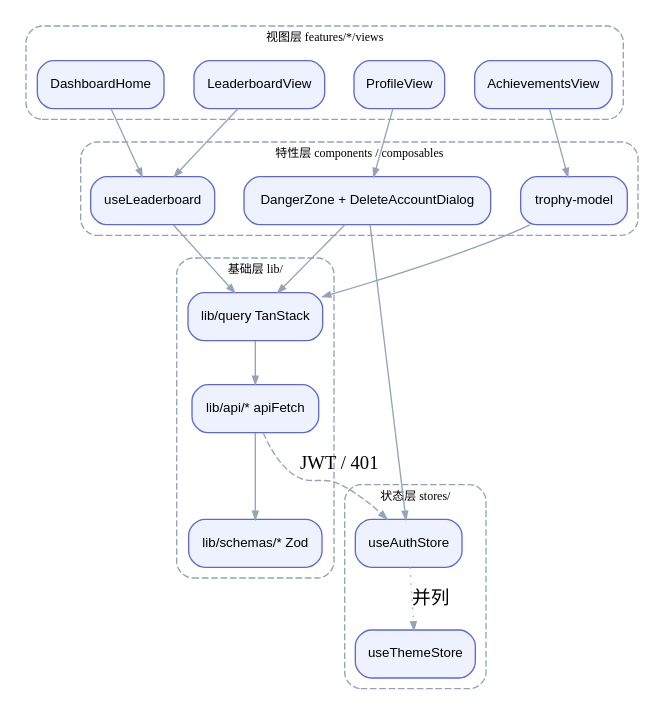
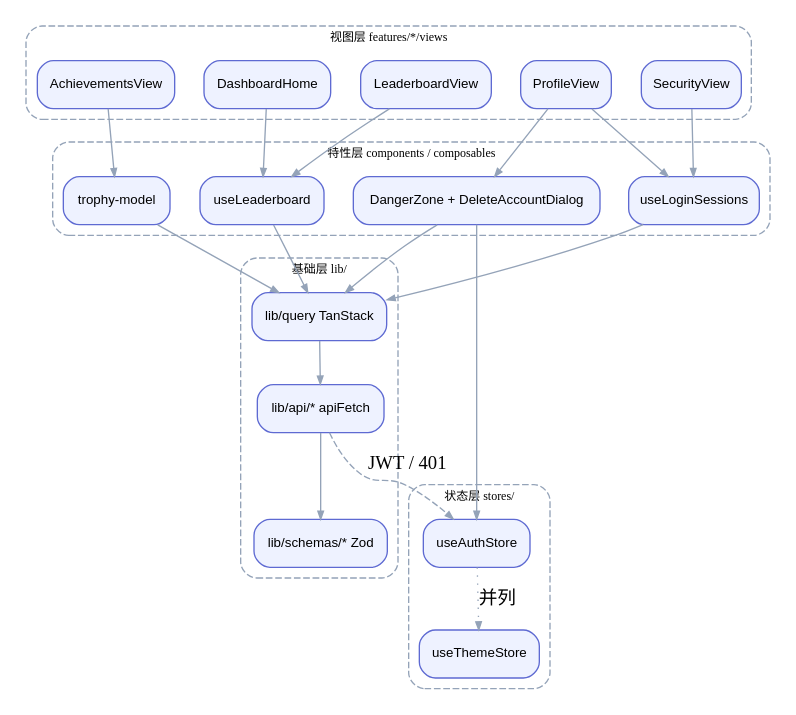
Before and after one commit to AhogeK/ctt-web: the third of 7 diagrams in .plans/ctt-web-development-plan.md, drawn with Graphviz. The commit also changed other lines of this file and 6 other files, not shown here.

````diff
--- a/.plans/ctt-web-development-plan.md
+++ b/.plans/ctt-web-development-plan.md
@@ -108,52 +112,57 @@
 ```dot
 digraph ctt_web {
  rankdir=TB;
  nodesep=0.3;
  ranksep=0.45;
  node [shape=box, style="rounded,filled", fontname="sans-serif", fontsize=10, fillcolor="#EEF2FF", color="#5E6AD2"];
  edge [color="#94a3b8", arrowsize=0.6];
 
  subgraph cluster_view {
  label="视图层 features/*/views";
  style="rounded,dashed"; color="#94a3b8"; fontsize=9;
  v_board [label="LeaderboardView"];
  v_ach [label="AchievementsView"];
  v_dash [label="DashboardHome"];
  v_set [label="ProfileView"];
+ v_sec [label="SecurityView"];
  }
 
  subgraph cluster_feature {
  label="特性层 components / composables";
  style="rounded,dashed"; color="#94a3b8"; fontsize=9;
  c_board [label="useLeaderboard"];
  c_ach [label="trophy-model"];
  c_del [label="DangerZone + DeleteAccountDialog"];
+ c_sess [label="useLoginSessions"];
  }
  subgraph cluster_lib {
  label="基础层 lib/";
  style="rounded,dashed"; color="#94a3b8"; fontsize=9;
  api [label="lib/api/* apiFetch"];
  schema [label="lib/schemas/* Zod"];
  query [label="lib/query TanStack"];
  }
  subgraph cluster_store {
  label="状态层 stores/";
  style="rounded,dashed"; color="#94a3b8"; fontsize=9;
  auth [label="useAuthStore"];
  theme [label="useThemeStore"];
  }
 
  v_board -> c_board;
  v_ach -> c_ach;
  v_dash -> c_board;
  v_set -> c_del;
+ v_set -> c_sess;
+ v_sec -> c_sess;
  c_board -> query;
+ c_sess -> query;
  c_ach -> query;
  c_del -> query;
  query -> api;
  api -> schema;
  c_del -> auth;
  api -> auth [style=dashed, label="JWT / 401"];
  auth -> theme [style=dotted, label="并列"];
 }
 ```
````
